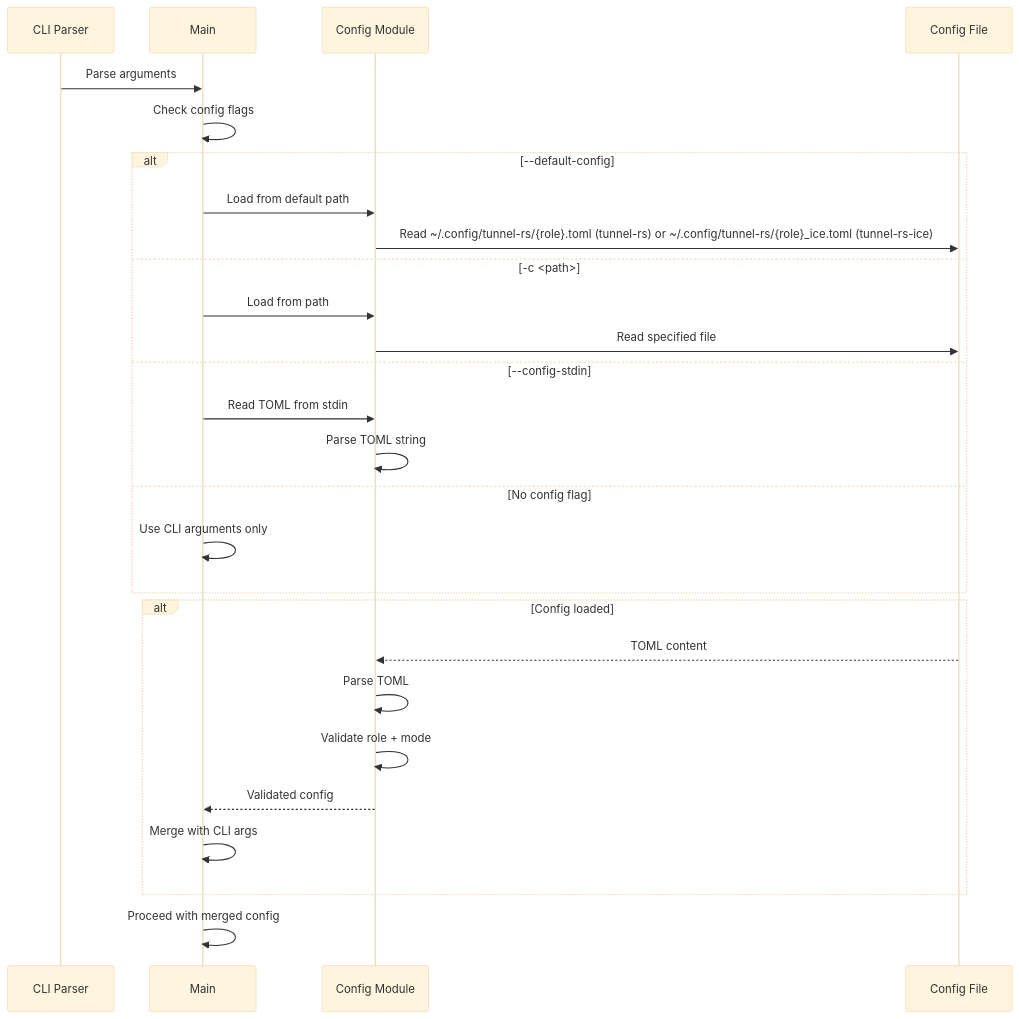
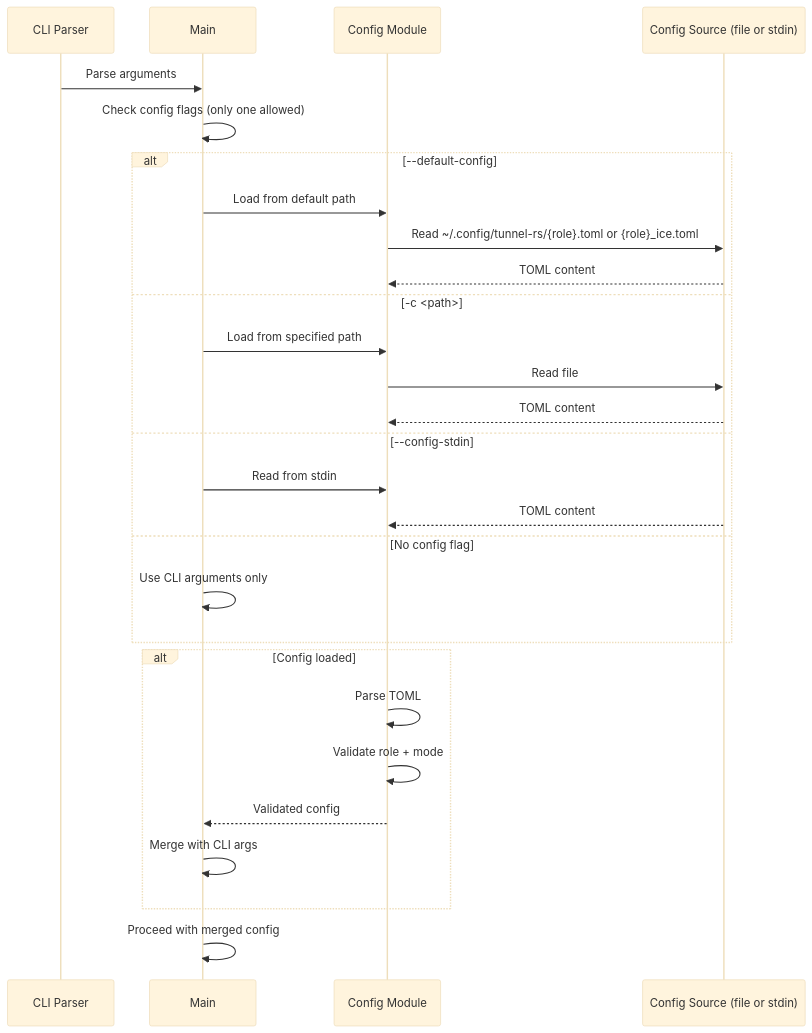
Before and after one commit to andrewtheguy/tunnel-rs: diagram 11 of 23 in docs/ARCHITECTURE.md, drawn with Mermaid (base theme). The commit also changed 1 other file, not shown here.

Commit message:
fix: prevent --config-stdin usage with manual mode in main function

````diff
--- a/docs/ARCHITECTURE.md
+++ b/docs/ARCHITECTURE.md
@@ -518,33 +518,34 @@
 ```mermaid
 sequenceDiagram
     participant CLI as CLI Parser
     participant Main as Main
     participant Config as Config Module
-    participant File as Config File
-    
+    participant Source as Config Source (file or stdin)
+
     CLI->>Main: Parse arguments
-    Main->>Main: Check config flags
-    
+    Main->>Main: Check config flags (only one allowed)
+
     alt --default-config
         Main->>Config: Load from default path
-        Config->>File: Read ~/.config/tunnel-rs/{role}.toml (tunnel-rs) or ~/.config/tunnel-rs/{role}_ice.toml (tunnel-rs-ice)
+        Config->>Source: Read ~/.config/tunnel-rs/{role}.toml or {role}_ice.toml
+        Source-->>Config: TOML content
     else -c <path>
-        Main->>Config: Load from path
-        Config->>File: Read specified file
+        Main->>Config: Load from specified path
+        Config->>Source: Read file
+        Source-->>Config: TOML content
     else --config-stdin
-        Main->>Config: Read TOML from stdin
-        Config->>Config: Parse TOML string
+        Main->>Config: Read from stdin
+        Source-->>Config: TOML content
     else No config flag
         Main->>Main: Use CLI arguments only
     end
-    
+
     alt Config loaded
-        File-->>Config: TOML content
         Config->>Config: Parse TOML
         Config->>Config: Validate role + mode
         Config-->>Main: Validated config
         Main->>Main: Merge with CLI args
     end
-    
+
     Main->>Main: Proceed with merged config
 ```
````
